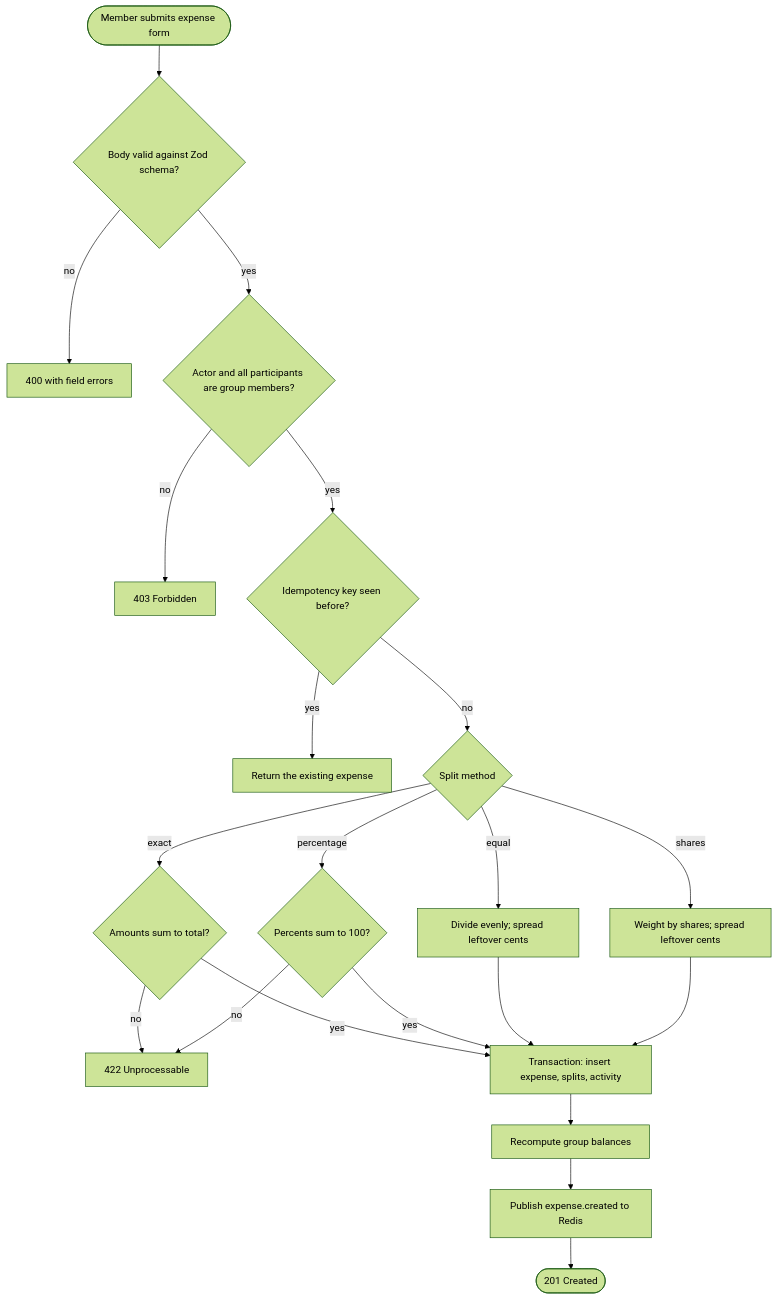
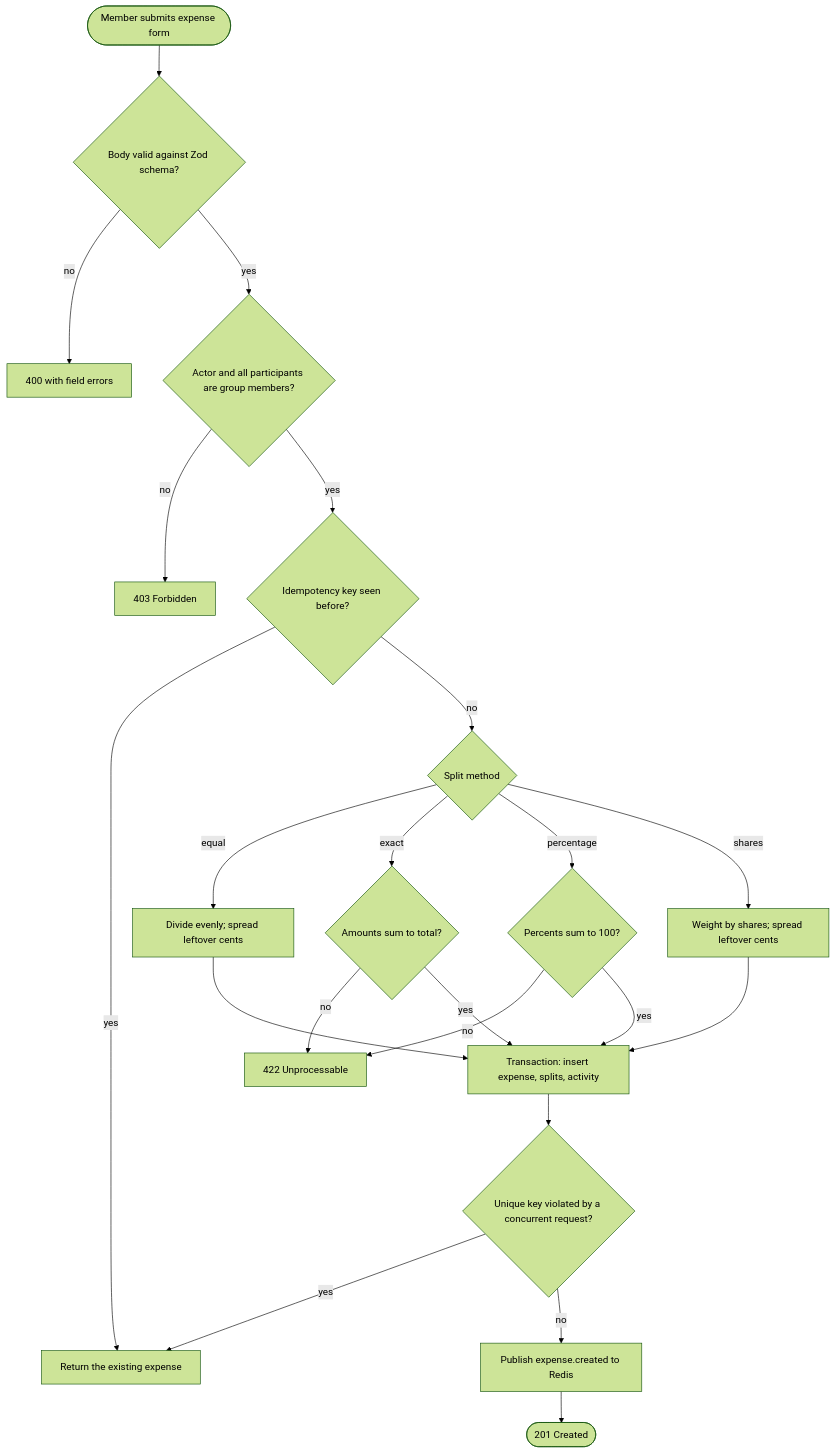
Before and after one commit to ABHI-742/splitpay: the diagram in docs/diagrams/activity-add-expense.md, drawn with Mermaid (forest theme). The commit also changed 10 other files, not shown here.

First line of the commit message:
Handle concurrent duplicate expenses and bring architecture docs up to date

````diff
--- a/docs/diagrams/activity-add-expense.md
+++ b/docs/diagrams/activity-add-expense.md
@@ -3,23 +3,24 @@
 ```mermaid
 flowchart TD
     S([Member submits expense form]) --> V{Body valid against Zod schema?}
     V -- no --> E400[400 with field errors]
     V -- yes --> M{Actor and all participants are group members?}
     M -- no --> E403[403 Forbidden]
     M -- yes --> K{Idempotency key seen before?}
     K -- yes --> R200[Return the existing expense]
     K -- no --> SM{Split method}
     SM -- equal --> EQ[Divide evenly; spread leftover cents]
     SM -- exact --> EX{Amounts sum to total?}
     SM -- percentage --> PC{Percents sum to 100?}
     SM -- shares --> SH[Weight by shares; spread leftover cents]
     EX -- no --> E422[422 Unprocessable]
     PC -- no --> E422
     EX -- yes --> TX
     PC -- yes --> TX
     EQ --> TX
     SH --> TX
-    TX[Transaction: insert expense, splits, activity] --> BAL[Recompute group balances]
-    BAL --> PUB[Publish expense.created to Redis]
+    TX[Transaction: insert expense, splits, activity] --> U{Unique key violated by a concurrent request?}
+    U -- yes --> R200
+    U -- no --> PUB[Publish expense.created to Redis]
     PUB --> OK([201 Created])
 ```
````
